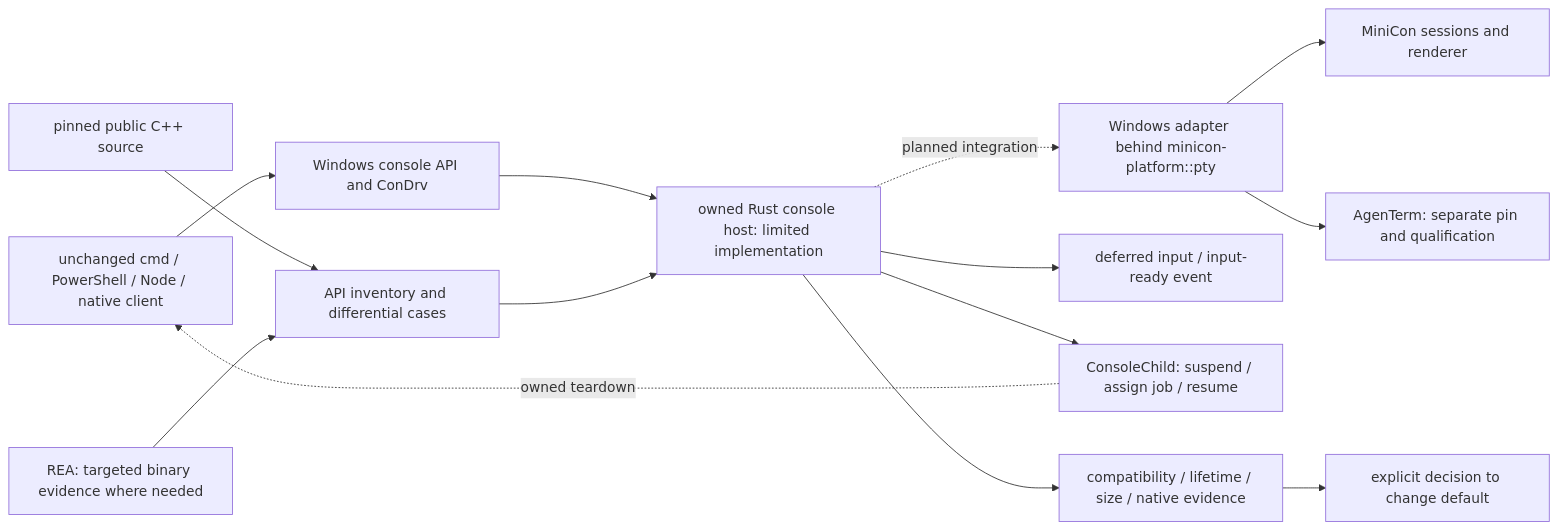
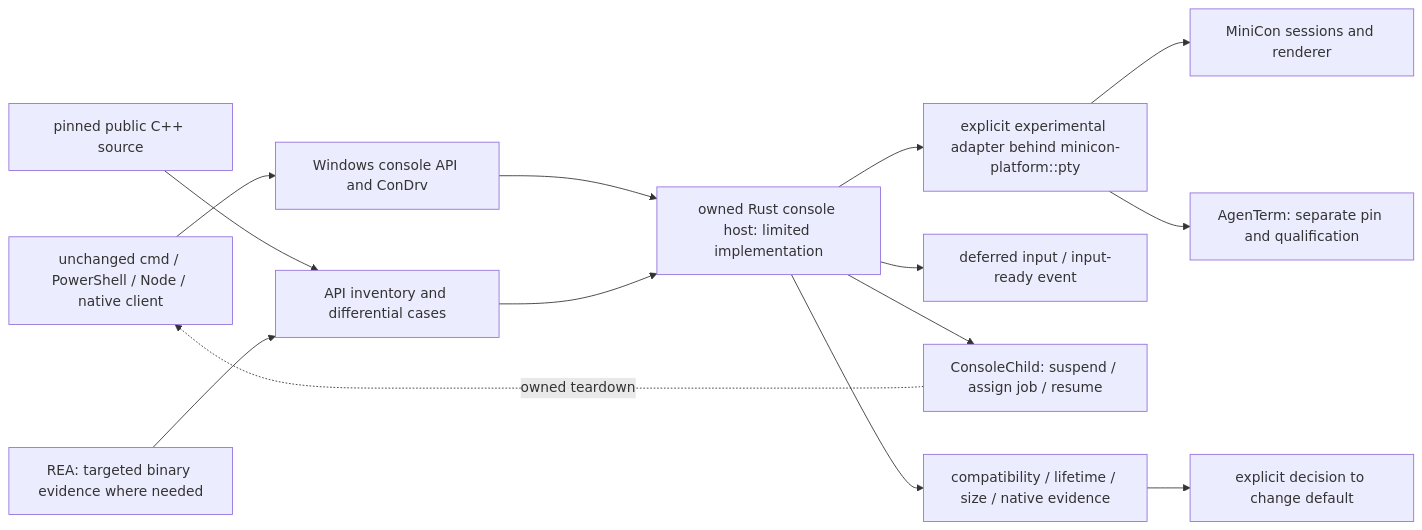
Before and after one commit to partnernetsoftware/minicon: the diagram in prd/PRD_02_34_windows_console_backend.md, drawn with Mermaid. The commit also changed other lines of this file and 19 other files, not shown here.

Commit message:
feat(pty): integrate the experimental in-process Rust console backend

````diff
--- a/prd/PRD_02_34_windows_console_backend.md
+++ b/prd/PRD_02_34_windows_console_backend.md
@@ -47,16 +48,16 @@
 ```mermaid
 flowchart LR
     CLIENT["unchanged cmd / PowerShell / Node / native client"] --> API["Windows console API and ConDrv"]
     API --> HOST["owned Rust console host: limited implementation"]
-    HOST -. "planned integration" .-> ADAPTER["Windows adapter behind minicon-platform::pty"]
+    HOST --> ADAPTER["explicit experimental adapter behind minicon-platform::pty"]
     HOST --> INPUT["deferred input / input-ready event"]
     HOST --> JOB["ConsoleChild: suspend / assign job / resume"]
     JOB -. "owned teardown" .-> CLIENT
     ADAPTER --> MC["MiniCon sessions and renderer"]
     ADAPTER --> AG["AgenTerm: separate pin and qualification"]
     SRC["pinned public C++ source"] --> SPEC["API inventory and differential cases"]
     REA["REA: targeted binary evidence where needed"] --> SPEC
     SPEC --> HOST
     GATE["compatibility / lifetime / size / native evidence"] --> DEFAULT["explicit decision to change default"]
     HOST --> GATE
 ```
````
